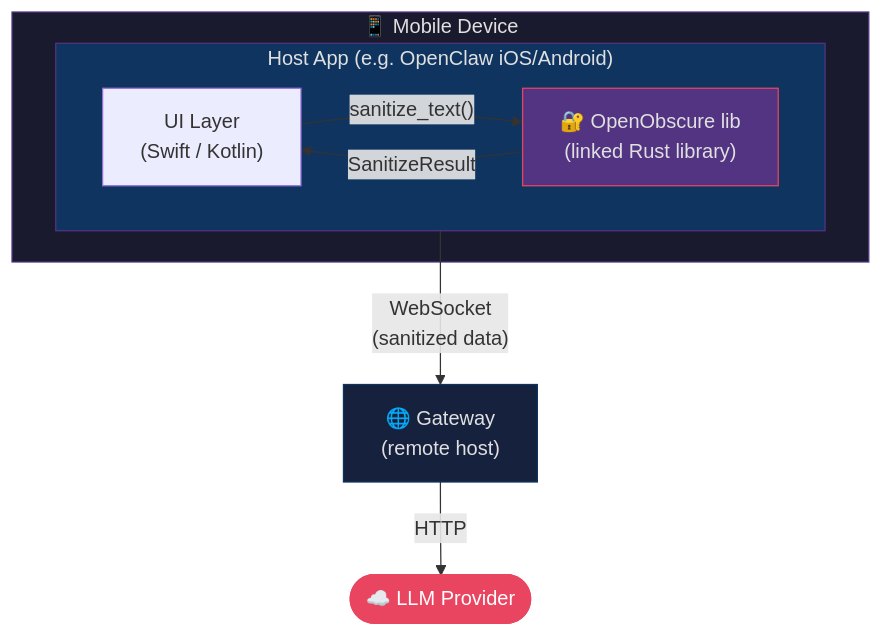
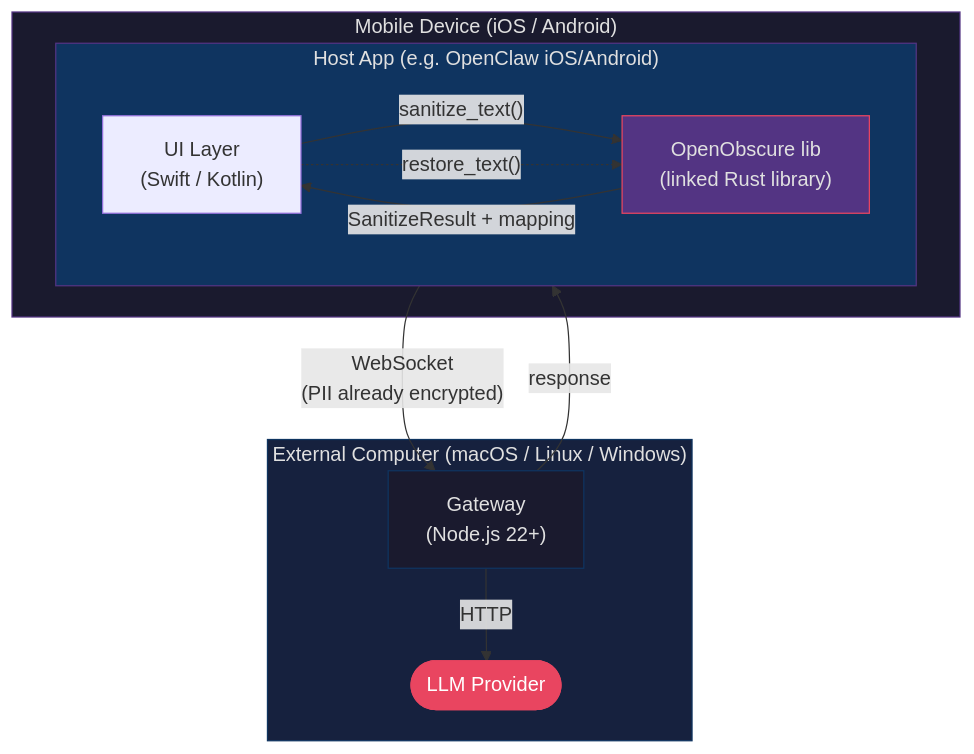
One commit to OpenObscure/OpenObscure changed the second of 15 diagrams in ARCHITECTURE.md. Above: the diagram before and after it, drawn with Mermaid. The commit also changed other lines of this file and 1 other file, not shown here.

First line of the commit message:
Fix 20 Mermaid diagrams: clarity, accuracy, consistency

````diff
--- a/ARCHITECTURE.md
+++ b/ARCHITECTURE.md
@@ -57,19 +57,27 @@
 ```mermaid
 flowchart TB
-    subgraph mobile ["📱 Mobile Device"]
+    subgraph mobile ["Mobile Device (iOS / Android)"]
         subgraph app ["Host App (e.g. OpenClaw iOS/Android)"]
             ui["UI Layer\n(Swift / Kotlin)"]
-            lib["🔐 OpenObscure lib\n(linked Rust library)"]
+            lib["OpenObscure lib\n(linked Rust library)"]
             ui -- "sanitize_text()" --> lib
-            lib -- "SanitizeResult" --> ui
+            lib -- "SanitizeResult + mapping" --> ui
+            ui -. "restore_text()" .-> lib
         end
     end
-    app -- "WebSocket\n(sanitized data)" --> gw["🌐 Gateway\n(remote host)"]
-    gw -- "HTTP" --> llm(["☁️ LLM Provider"])
+
+    subgraph desktop ["External Computer (macOS / Linux / Windows)"]
+        gw["Gateway\n(Node.js 22+)"]
+        gw -- "HTTP" --> llm(["LLM Provider"])
+    end
+
+    app -- "WebSocket\n(PII already encrypted)" --> gw
+    gw -- "response" --> app
 
     style mobile fill:#1a1a2e,stroke:#533483,color:#e0e0e0
     style app fill:#0f3460,stroke:#533483,color:#e0e0e0
     style lib fill:#533483,stroke:#e94560,color:#e0e0e0
-    style gw fill:#16213e,stroke:#0f3460,color:#e0e0e0
+    style desktop fill:#16213e,stroke:#0f3460,color:#e0e0e0
+    style gw fill:#1a1a2e,stroke:#0f3460,color:#e0e0e0
     style llm fill:#e94560,stroke:#e94560,color:#fff
 ```
````
